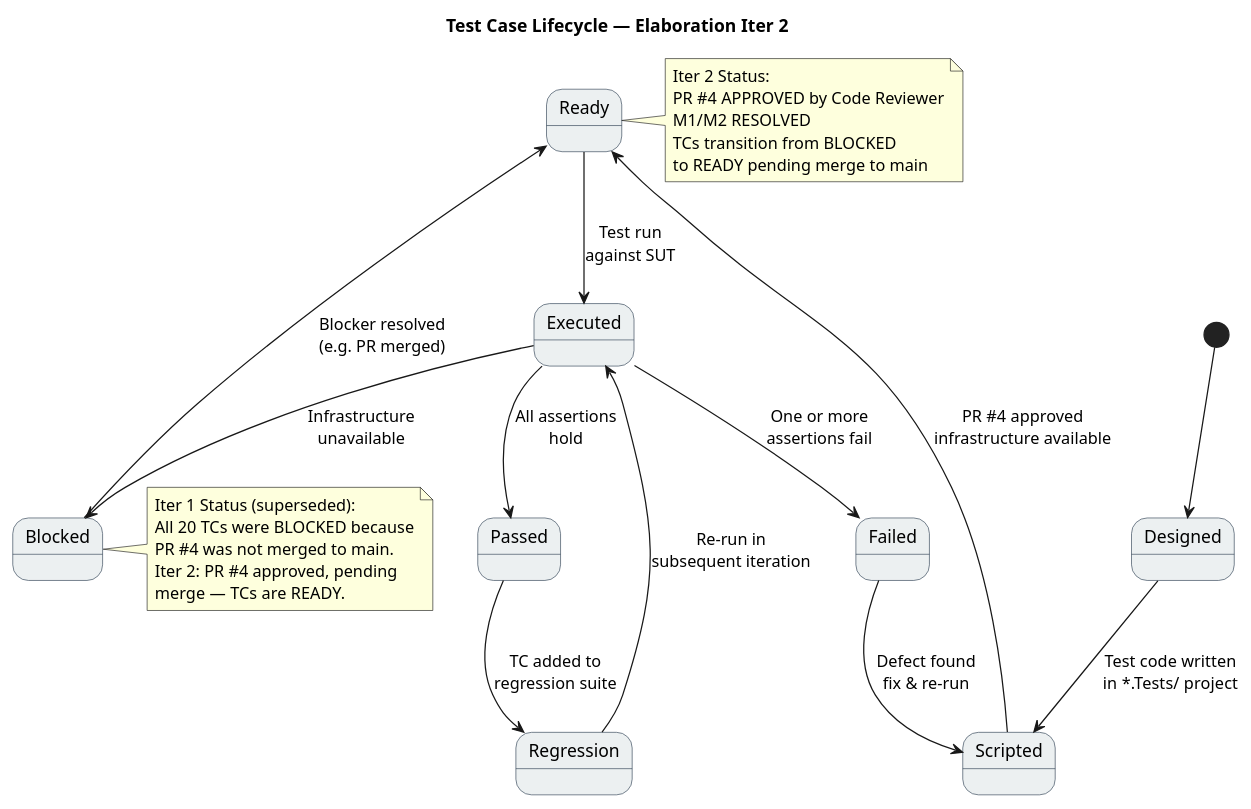
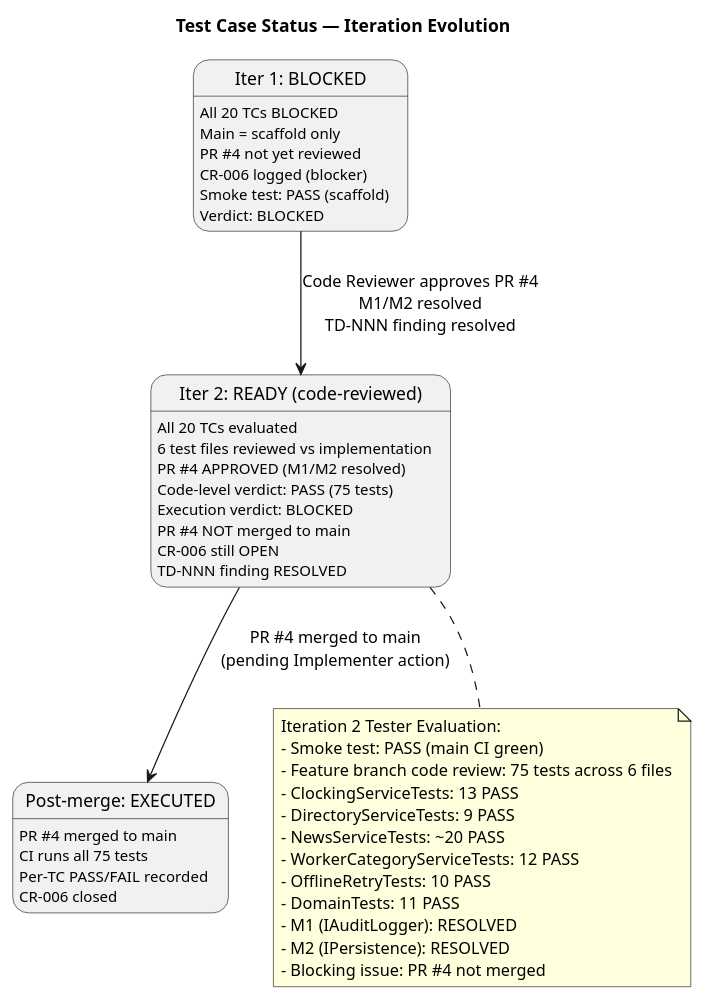
One commit to banense-test/portal-cuba-corp changed the second of 3 diagrams in docs/artifacts/test/test-case.md. Above: the diagram before and after it, drawn with PlantUML. The commit also changed other lines of this file, not shown here.

First line of the commit message:
Tester [E2]: upsert Test Case

````diff
--- a/docs/artifacts/test/test-case.md
+++ b/docs/artifacts/test/test-case.md
@@ -66,42 +173,51 @@
 ```plantuml
 @startuml
-title Test Case Lifecycle — Elaboration Iter 2
+title Test Case Status — Iteration Evolution
 
-skinparam state {
-  BackgroundColor #ECF0F1
-  BorderColor #2C3E50
+state "Iter 1: BLOCKED" as I1 {
+  I1 : All 20 TCs BLOCKED
+  I1 : Main = scaffold only
+  I1 : PR #4 not yet reviewed
+  I1 : CR-006 logged (blocker)
+  I1 : Smoke test: PASS (scaffold)
+  I1 : Verdict: BLOCKED
 }
 
-[*] --> Designed
+state "Iter 2: READY (code-reviewed)" as I2 {
+  I2 : All 20 TCs evaluated
+  I2 : 6 test files reviewed vs implementation
+  I2 : PR #4 APPROVED (M1/M2 resolved)
+  I2 : Code-level verdict: PASS (75 tests)
+  I2 : Execution verdict: BLOCKED
+  I2 : PR #4 NOT merged to main
+  I2 : CR-006 still OPEN
+  I2 : TD-NNN finding RESOLVED
+}
 
-Designed --> Scripted : Test code written\nin *.Tests/ project
-Scripted --> Ready : PR #4 approved\ninfrastructure available
-Ready --> Executed : Test run\nagainst SUT
-Executed --> Passed : All assertions\nhold
-Executed --> Failed : One or more\nassertions fail
-Executed --> Blocked : Infrastructure\nunavailable
+state "Post-merge: EXECUTED" as I3 {
+  I3 : PR #4 merged to main
+  I3 : CI runs all 75 tests
+  I3 : Per-TC PASS/FAIL recorded
+  I3 : CR-006 closed
+}
 
-Blocked --> Ready : Blocker resolved\n(e.g. PR merged)
-Failed --> Scripted : Defect found\nfix & re-run
-Passed --> Regression : TC added to\nregression suite
+I1 --> I2 : Code Reviewer approves PR #4\nM1/M2 resolved\nTD-NNN finding resolved
+I2 --> I3 : PR #4 merged to main\n(pending Implementer action)
 
-Regression --> Executed : Re-run in\nsubsequent iteration
-
-note right of Ready
-  Iter 2 Status:
-  PR #4 APPROVED by Code Reviewer
-  M1/M2 RESOLVED
-  TCs transition from BLOCKED
-  to READY pending merge to main
-end note
-
-note right of Blocked
-  Iter 1 Status (superseded):
-  All 20 TCs were BLOCKED because
-  PR #4 was not merged to main.
-  Iter 2: PR #4 approved, pending
-  merge — TCs are READY.
+note bottom of I2
+  Iteration 2 Tester Evaluation:
+  - Smoke test: PASS (main CI green)
+  - Feature branch code review: 75 tests across 6 files
+  - ClockingServiceTests: 13 PASS
+  - DirectoryServiceTests: 9 PASS
+  - NewsServiceTests: ~20 PASS
+  - WorkerCategoryServiceTests: 12 PASS
+  - OfflineRetryTests: 10 PASS
+  - DomainTests: 11 PASS
+  - M1 (IAuditLogger): RESOLVED
+  - M2 (IPersistence): RESOLVED
+  - Blocking issue: PR #4 not merged
 end note
 
 @enduml
 ```
````
